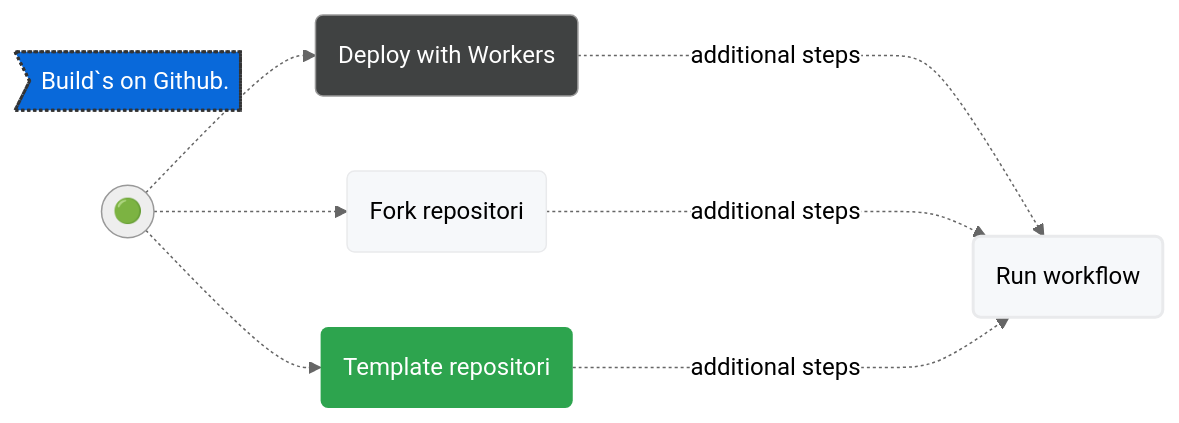
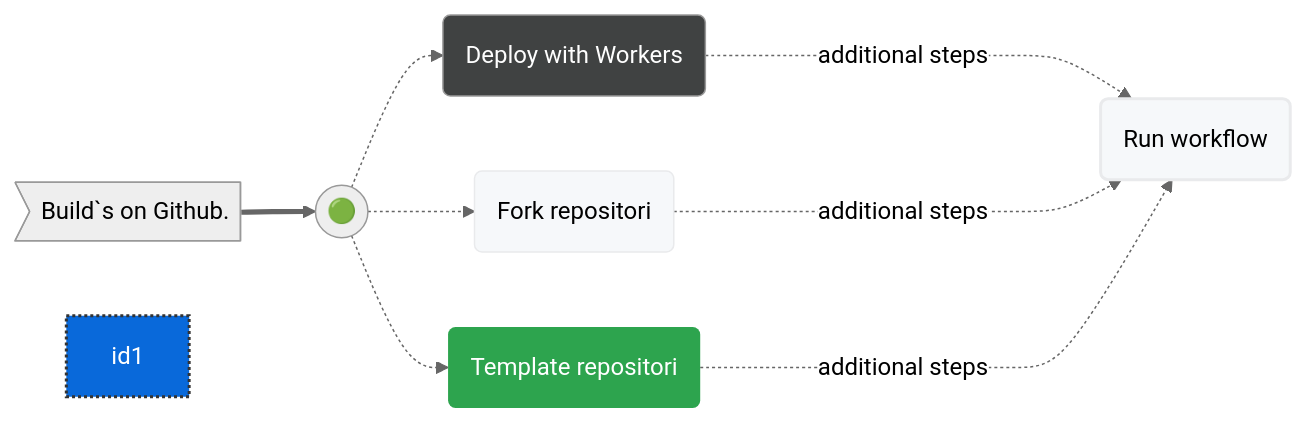
Before and after one commit to milankomaj/dev-badge: the diagram in README.md, drawn with Mermaid (neutral theme).

````diff
--- a/README.md
+++ b/README.md
@@ -12,22 +12,22 @@
 ```mermaid
 flowchart LR
-id1>Build`s on Github.]
+
+A>Build`s on Github.] ==>B
 B(("🟢")) .->C("Deploy with Workers")
 B(("🟢")) .->D("Fork repositori")
 B(("🟢")) .->E("Template repositori")
 C & D & E -...->|additional steps| F("Run workflow") 
-
-
 
 style F fill:#f6f8fa,stroke:#333,stroke-width:2px
 style C fill:#404242,color:#fefefe
 style D fill:#f6f8fa,stroke:#e9eaec
 style E fill:#2da44e,stroke-width:0px,color:#ffffff
 style F fill:#f6f8fa,stroke:#e9eaec
 style id1 fill:#0969da,stroke:#333,stroke-width:2px,color:#fff,stroke-dasharray: 2 2
 
+click A "https://github.com/milankomaj/dev-badge"
 click D "https://github.com/milankomaj/dev-badge/fork"
 click E "https://github.com/milankomaj/dev-badge/generate"
 
 
 ```
````
